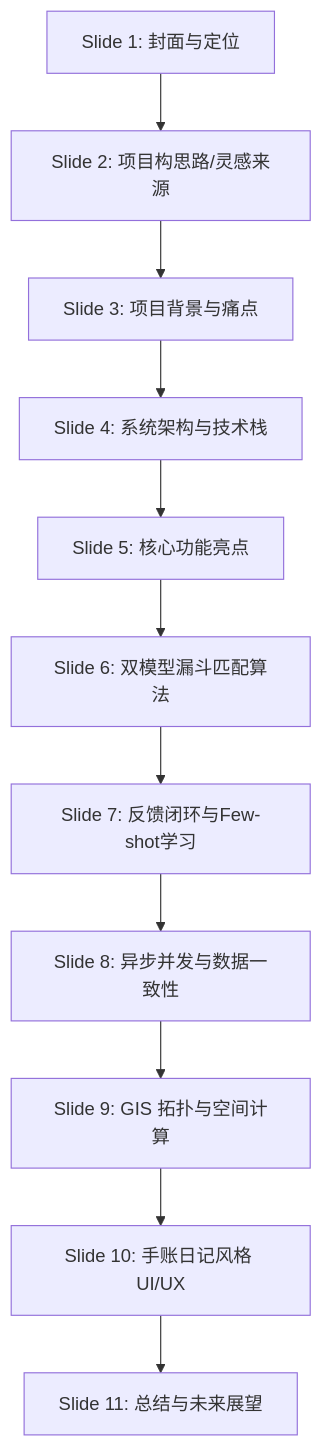
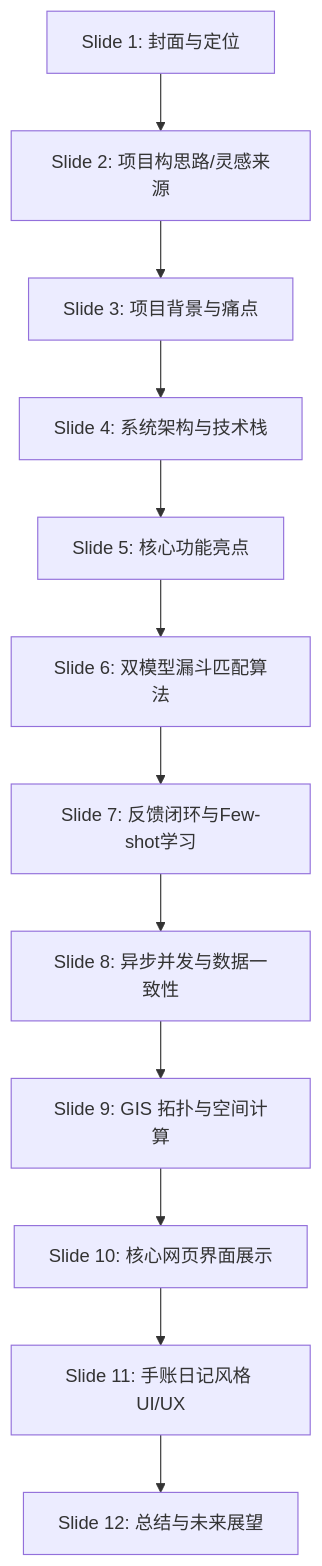
The diagram in 项目概述.md (HonYeLin/zy), drawn with Mermaid before and after one commit. The commit also changed other lines of this file and 4 other files, not shown here.

````diff
--- a/项目概述.md
+++ b/项目概述.md
@@ -9,13 +9,14 @@
 ```mermaid
 graph TD
     S1[Slide 1: 封面与定位] --> S2[Slide 2: 项目构思路/灵感来源]
     S2 --> S3[Slide 3: 项目背景与痛点]
     S3 --> S4[Slide 4: 系统架构与技术栈]
     S4 --> S5[Slide 5: 核心功能亮点]
     S5 --> S6[Slide 6: 双模型漏斗匹配算法]
     S6 --> S7[Slide 7: 反馈闭环与Few-shot学习]
     S7 --> S8[Slide 8: 异步并发与数据一致性]
     S8 --> S9[Slide 9: GIS 拓扑与空间计算]
-    S9 --> S10[Slide 10: 手账日记风格 UI/UX]
-    S10 --> S11[Slide 11: 总结与未来展望]
+    S9 --> S10[Slide 10: 核心网页界面展示]
+    S10 --> S11[Slide 11: 手账日记风格 UI/UX]
+    S11 --> S12[Slide 12: 总结与未来展望]
 ```
````
